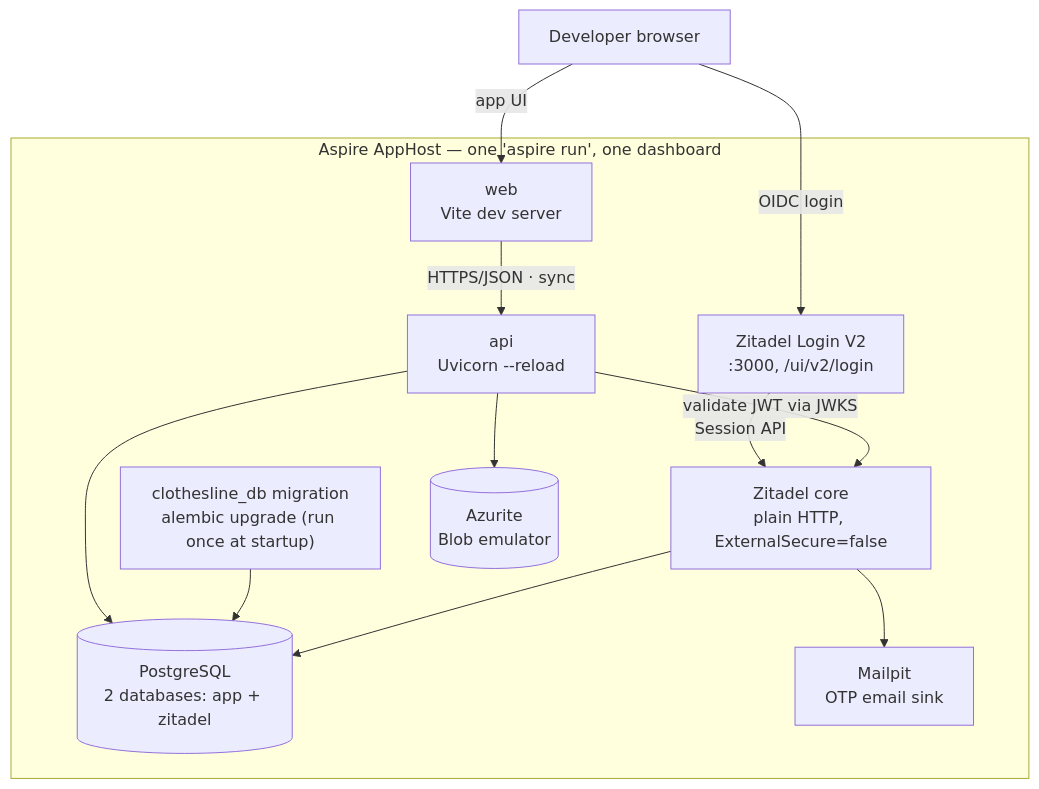
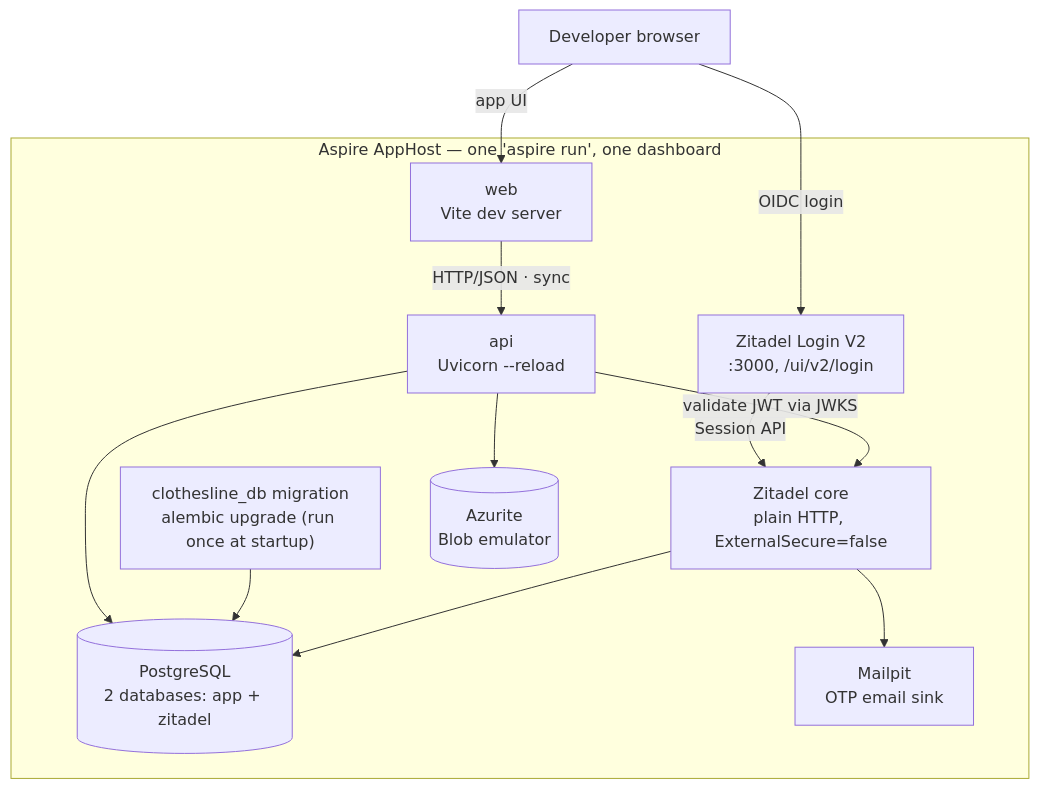
One commit to quennethks/clothesline changed the first of 3 diagrams in specs/01-mvp/technical-implementation-spec.md. Above: the diagram before and after it, drawn with Mermaid. The commit also changed other lines of this file and 2 other files, not shown here.

````diff
--- a/specs/01-mvp/technical-implementation-spec.md
+++ b/specs/01-mvp/technical-implementation-spec.md
@@ -44,26 +44,26 @@
 ```mermaid
 flowchart TB
     dev["Developer browser"]
 
     subgraph host["Aspire AppHost — one 'aspire run', one dashboard"]
         web["web<br/>Vite dev server"]
         api["api<br/>Uvicorn --reload"]
         mig["clothesline_db migration<br/>alembic upgrade (run once at startup)"]
         zitadel["Zitadel core<br/>plain HTTP, ExternalSecure=false"]
         loginv2["Zitadel Login V2<br/>:3000, /ui/v2/login"]
         pg[("PostgreSQL<br/>2 databases: app + zitadel")]
         azurite[("Azurite<br/>Blob emulator")]
         mailpit["Mailpit<br/>OTP email sink"]
     end
 
     dev -->|app UI| web
     dev -->|OIDC login| loginv2
     loginv2 -->|Session API| zitadel
-    web -->|HTTPS/JSON · sync| api
+    web -->|HTTP/JSON · sync| api
     api -->|validate JWT via JWKS| zitadel
     api --> pg
     api --> azurite
     mig --> pg
     zitadel --> pg
     zitadel --> mailpit
 ```
````
